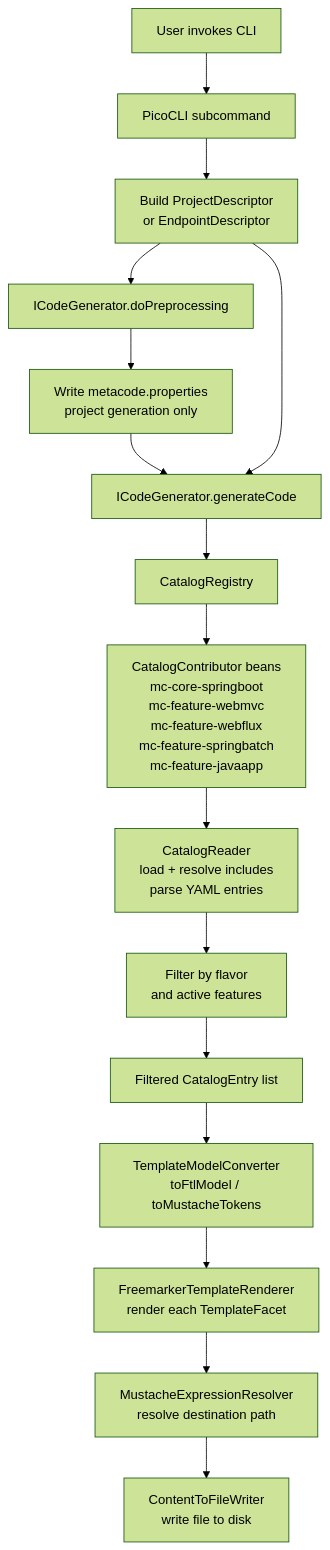
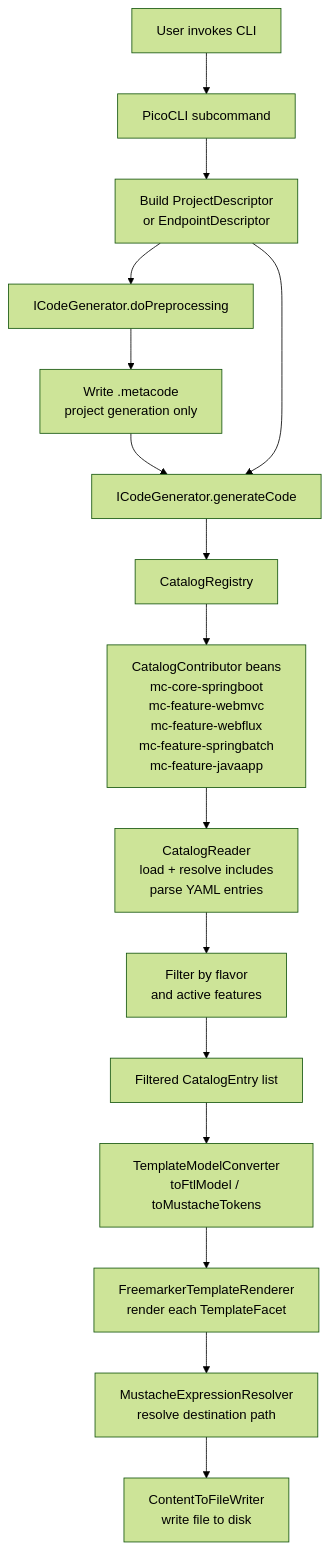
The diagram in docs/developer-guide.md (staycaffeinated/metacode-g4), drawn with Mermaid (forest theme) before and after one commit. The commit also changed other lines of this file and 12 other files, not shown here.

First line of the commit message:
refactor: make metacode.properties a hidden file

````diff
--- a/docs/developer-guide.md
+++ b/docs/developer-guide.md
@@ -53,18 +53,18 @@
 ```mermaid
 flowchart TD
     A[User invokes CLI] --> B[PicoCLI subcommand]
     B --> C[Build ProjectDescriptor\nor EndpointDescriptor]
     C --> D[ICodeGenerator.doPreprocessing]
-    D --> E[Write metacode.properties\nproject generation only]
+    D --> E[Write .metacode\nproject generation only]
     E --> F[ICodeGenerator.generateCode]
     C --> F
     F --> G[CatalogRegistry]
     G --> H[CatalogContributor beans\nmc-core-springboot\nmc-feature-webmvc\nmc-feature-webflux\nmc-feature-springbatch\nmc-feature-javaapp]
     H --> I[CatalogReader\nload + resolve includes\nparse YAML entries]
     I --> J[Filter by flavor\nand active features]
     J --> K[Filtered CatalogEntry list]
     K --> L[TemplateModelConverter\ntoFtlModel / toMustacheTokens]
     L --> M[FreemarkerTemplateRenderer\nrender each TemplateFacet]
     M --> N[MustacheExpressionResolver\nresolve destination path]
     N --> O[ContentToFileWriter\nwrite file to disk]
 ```
````
